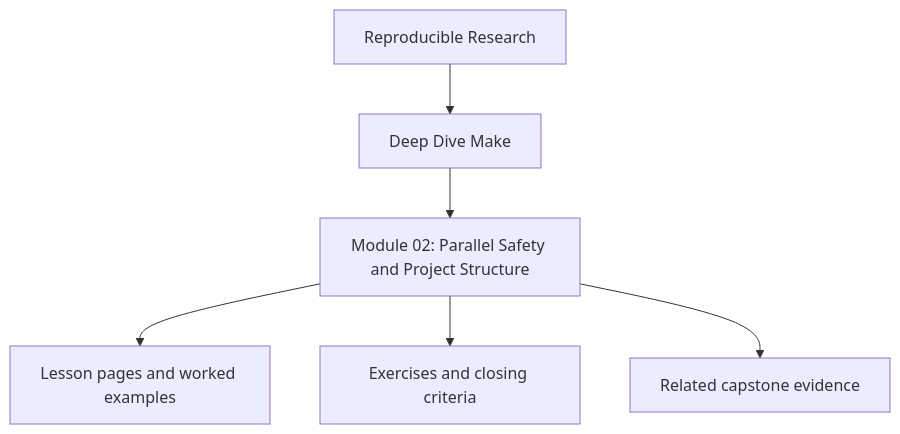
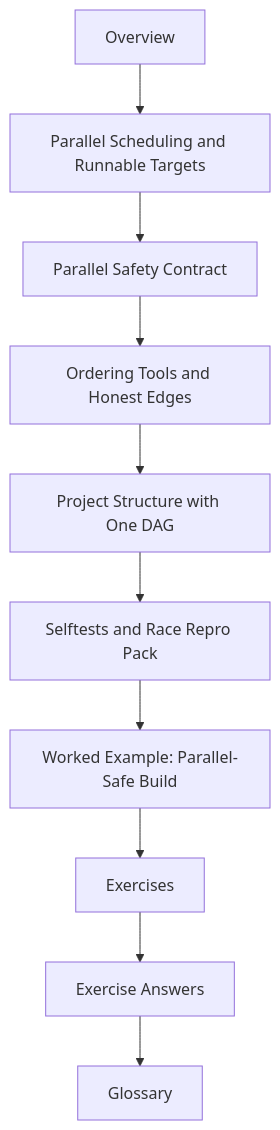
Before and after one commit to bijux/bijux-masterclass: the diagram in programs/reproducible-research/deep-dive-make/course-book/module-02-parallel-safety-project-structure/index.md, drawn with Mermaid. The commit also changed other lines of this file and 10 other files, not shown here.

Commit message:
refactor(docs): split Make M02 into focused lesson files

````diff
--- a/programs/reproducible-research/deep-dive-make/course-book/module-02-parallel-safety-project-structure/index.md
+++ b/programs/reproducible-research/deep-dive-make/course-book/module-02-parallel-safety-project-structure/index.md
@@ -8,8 +22,12 @@
 ```mermaid
 flowchart TD
-  family["Reproducible Research"] --> program["Deep Dive Make"]
-  program --> module["Module 02: Parallel Safety and Project Structure"]
-  module --> lessons["Lesson pages and worked examples"]
-  module --> checkpoints["Exercises and closing criteria"]
-  module --> capstone["Related capstone evidence"]
+  start["Overview"] --> core1["Parallel Scheduling and Runnable Targets"]
+  core1 --> core2["Parallel Safety Contract"]
+  core2 --> core3["Ordering Tools and Honest Edges"]
+  core3 --> core4["Project Structure with One DAG"]
+  core4 --> core5["Selftests and Race Repro Pack"]
+  core5 --> example["Worked Example: Parallel-Safe Build"]
+  example --> practice["Exercises"]
+  practice --> answers["Exercise Answers"]
+  answers --> glossary["Glossary"]
 ```
````
